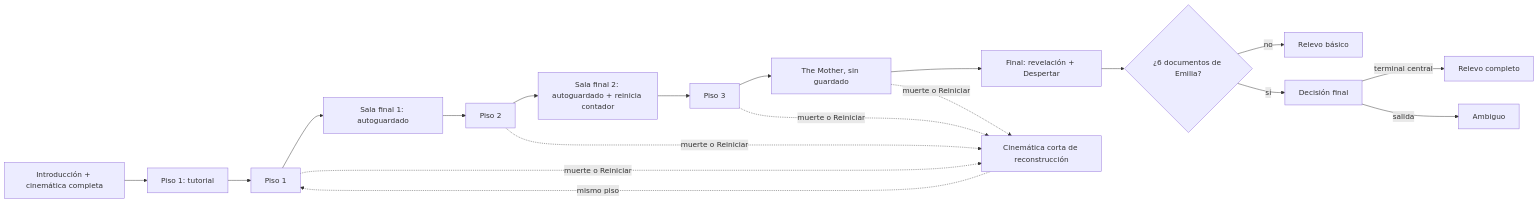
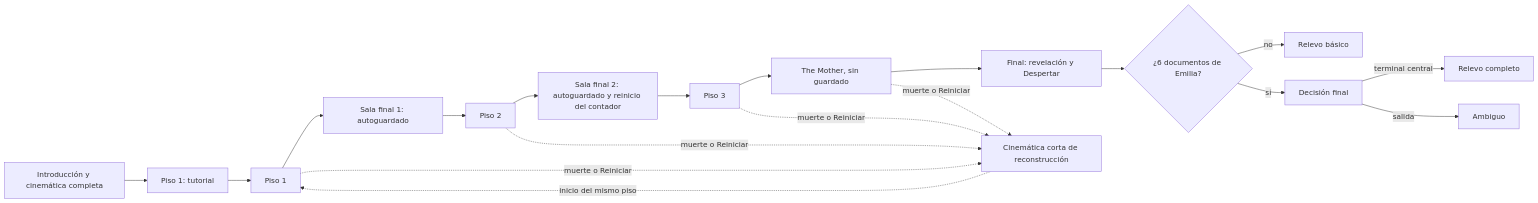
Before and after one commit to ChristianC720/survivalHorror-Demo: the diagram in GDD/02 - Diseño/05 - Progresión.md, drawn with Mermaid. The commit also changed other lines of this file and 115 other files, not shown here.

````diff
--- a/GDD/02 - Diseño/05 - Progresión.md
+++ b/GDD/02 - Diseño/05 - Progresión.md
@@ -39,18 +47,18 @@
 ```mermaid
 flowchart LR
-    I[Introducción + cinemática completa] --> T[Piso 1: tutorial]
+    I[Introducción y cinemática completa] --> T[Piso 1: tutorial]
     T --> P1[Piso 1]
     P1 --> F1[Sala final 1: autoguardado]
     F1 --> P2[Piso 2]
-    P2 --> F2[Sala final 2: autoguardado + reinicia contador]
+    P2 --> F2[Sala final 2: autoguardado y reinicio del contador]
     F2 --> P3[Piso 3]
     P3 --> M[The Mother, sin guardado]
-    M --> F[Final: revelación + Despertar]
+    M --> F[Final: revelación y Despertar]
     F --> DOC{¿6 documentos de Emilia?}
     DOC -- no --> RB[Relevo básico]
     DOC -- sí --> DF[Decisión final]
     DF -- terminal central --> RC[Relevo completo]
     DF -- salida --> AM[Ambiguo]
     P1 & P2 & P3 & M -. muerte o Reiniciar .-> R[Cinemática corta de reconstrucción]
-    R -. mismo piso .-> P1
+    R -. inicio del mismo piso .-> P1
 ```
````
